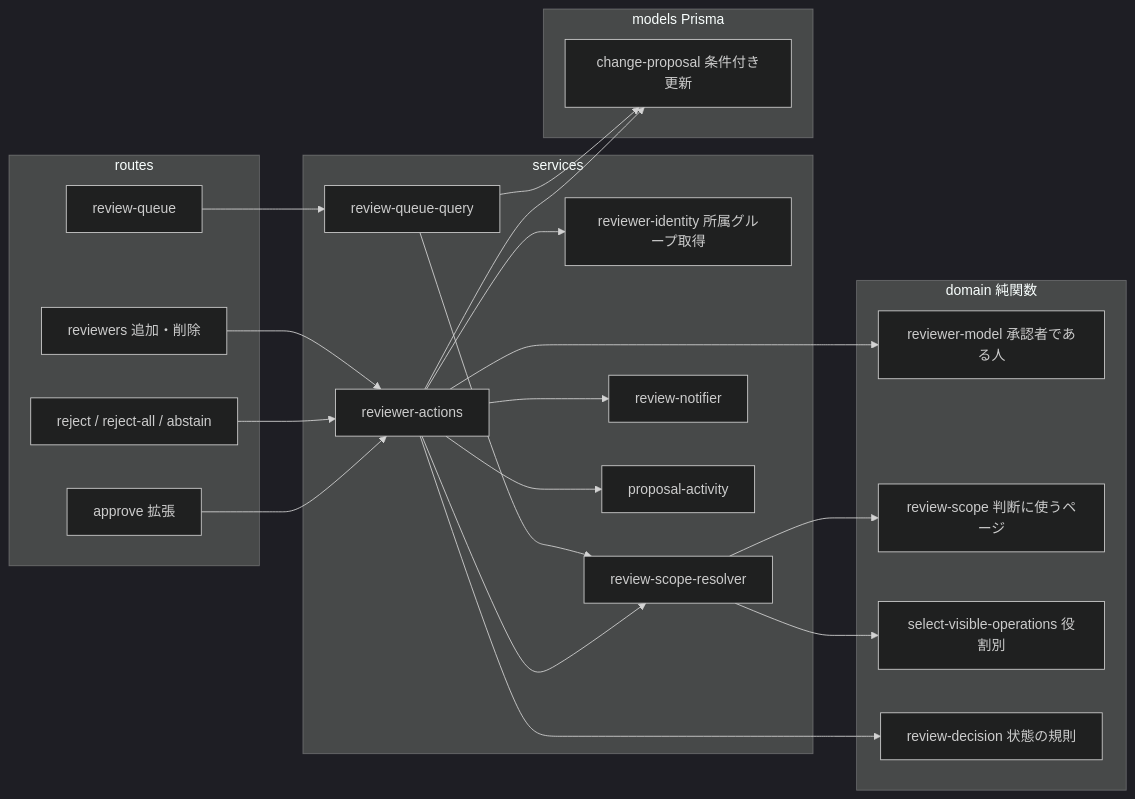
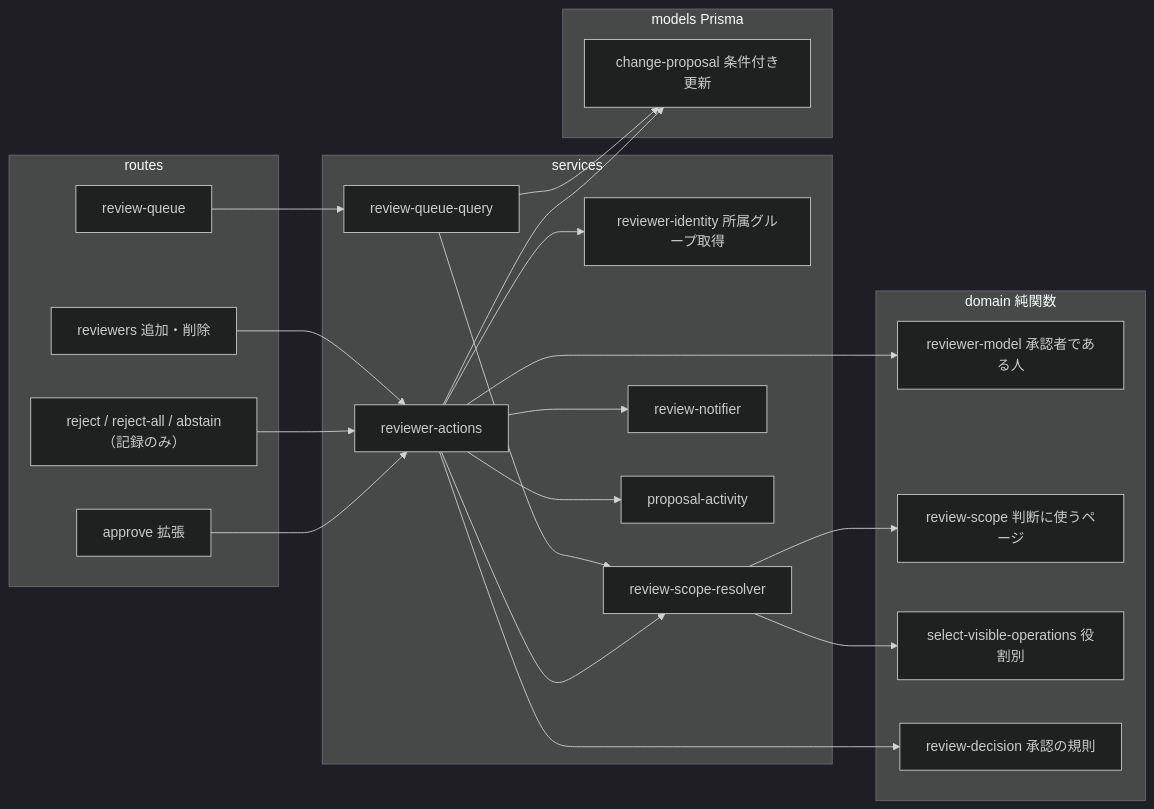
The first of 3 diagrams in .kiro/specs/change-proposal-reviewers/design.md (growilabs/growi), drawn with Mermaid (dark theme) before and after one commit. The commit also changed other lines of this file and 3 other files, not shown here.

Commit message:
docs(change-proposal-reviewers): make reject and abstain records that do not change operation status

````diff
--- a/.kiro/specs/change-proposal-reviewers/design.md
+++ b/.kiro/specs/change-proposal-reviewers/design.md
@@ -68,41 +68,41 @@
 ```mermaid
 flowchart LR
   subgraph Routes[routes]
     A[approve 拡張]
-    R[reject / reject-all / abstain]
+    R[reject / reject-all / abstain（記録のみ）]
     V[reviewers 追加・削除]
     Q[review-queue]
   end
   subgraph Services[services]
     RA[reviewer-actions]
     ID[reviewer-identity 所属グループ取得]
     SC[review-scope-resolver]
     QQ[review-queue-query]
     RN[review-notifier]
     PA[proposal-activity]
   end
   subgraph Domain[domain 純関数]
     RM[reviewer-model 承認者である人]
     RS[review-scope 判断に使うページ]
     SV[select-visible-operations 役割別]
-    DR[review-decision 状態の規則]
+    DR[review-decision 承認の規則]
   end
   subgraph Model[models Prisma]
     M[change-proposal 条件付き更新]
   end
   A --> RA
   R --> RA
   V --> RA
   Q --> QQ
   RA --> ID
   RA --> SC
   RA --> RM
   RA --> DR
   RA --> M
   RA --> RN
   RA --> PA
   QQ --> M
   QQ --> SC
   SC --> RS
   SC --> SV
 ```
````
